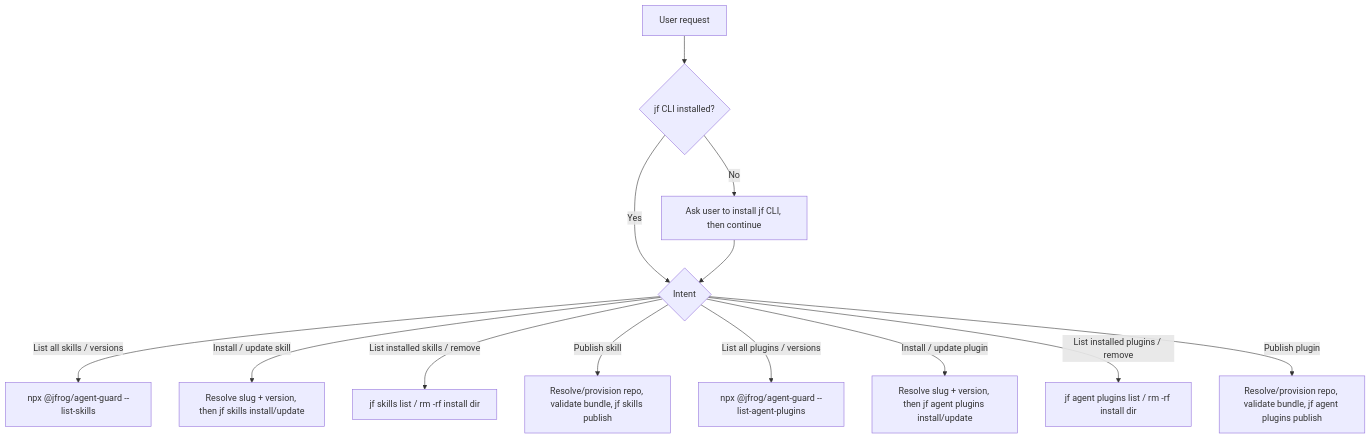
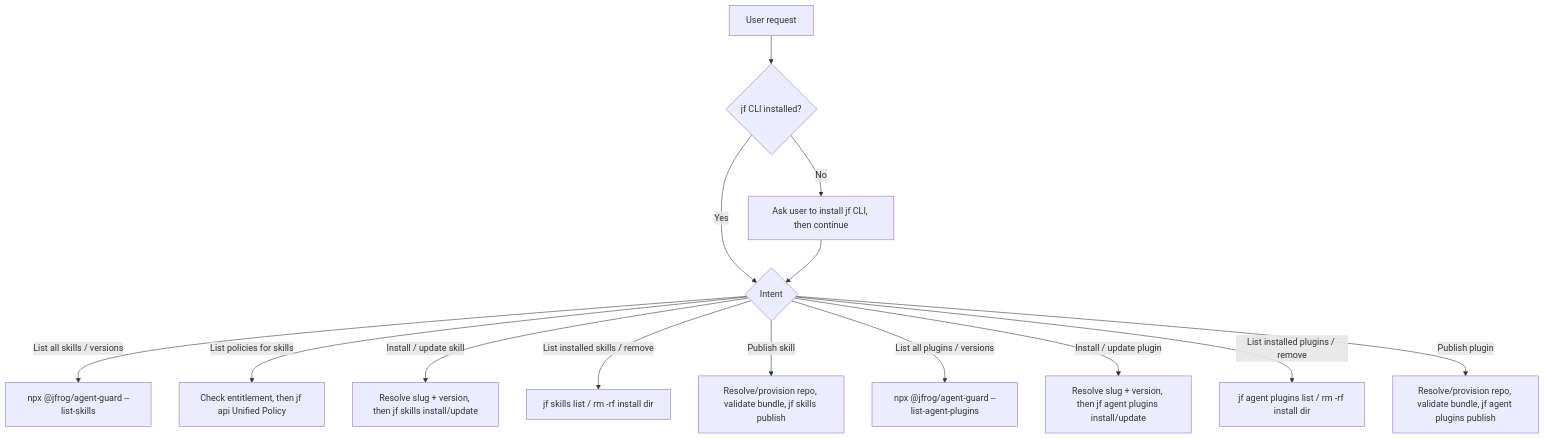
The diagram in skills/jfrog-ai-catalog/SKILL.md (jfrog/jfrog-skills), drawn with Mermaid before and after one commit. The commit also changed other lines of this file and 1 other file, not shown here.

Commit message:
MLAI-1315 - List skill governance policies for a project
Adds a proactive "list policies" flow to jfrog-ai-catalog: answers "what
policies apply to skills in this project?" up front, instead of only
reactively after a blocked download. Checks the AI Catalog entitlement
first (agent-guard --should-inject), then calls Unified Policy directly
(jf api /unifiedpolicy/api/v1/policies with hierarchical=true and
expand=rules) to get project-scoped and Global-scope skill policies in
one call.

````diff
--- a/skills/jfrog-ai-catalog/SKILL.md
+++ b/skills/jfrog-ai-catalog/SKILL.md
@@ -94,15 +95,16 @@
 ```mermaid
 flowchart TD
     A[User request] --> B{jf CLI installed?}
     B -->|No| C[Ask user to install jf CLI, then continue]
     B -->|Yes| D{Intent}
     C --> D
     D -->|List all skills / versions| E[npx @jfrog/agent-guard --list-skills]
+    D -->|List policies for skills| M[Check entitlement, then jf api Unified Policy]
     D -->|Install / update skill| F[Resolve slug + version, then jf skills install/update]
     D -->|List installed skills / remove| G[jf skills list / rm -rf install dir]
     D -->|Publish skill| H[Resolve/provision repo, validate bundle, jf skills publish]
     D -->|List all plugins / versions| I[npx @jfrog/agent-guard --list-agent-plugins]
     D -->|Install / update plugin| J[Resolve slug + version, then jf agent plugins install/update]
     D -->|List installed plugins / remove| K[jf agent plugins list / rm -rf install dir]
     D -->|Publish plugin| L[Resolve/provision repo, validate bundle, jf agent plugins publish]
 ```
````
